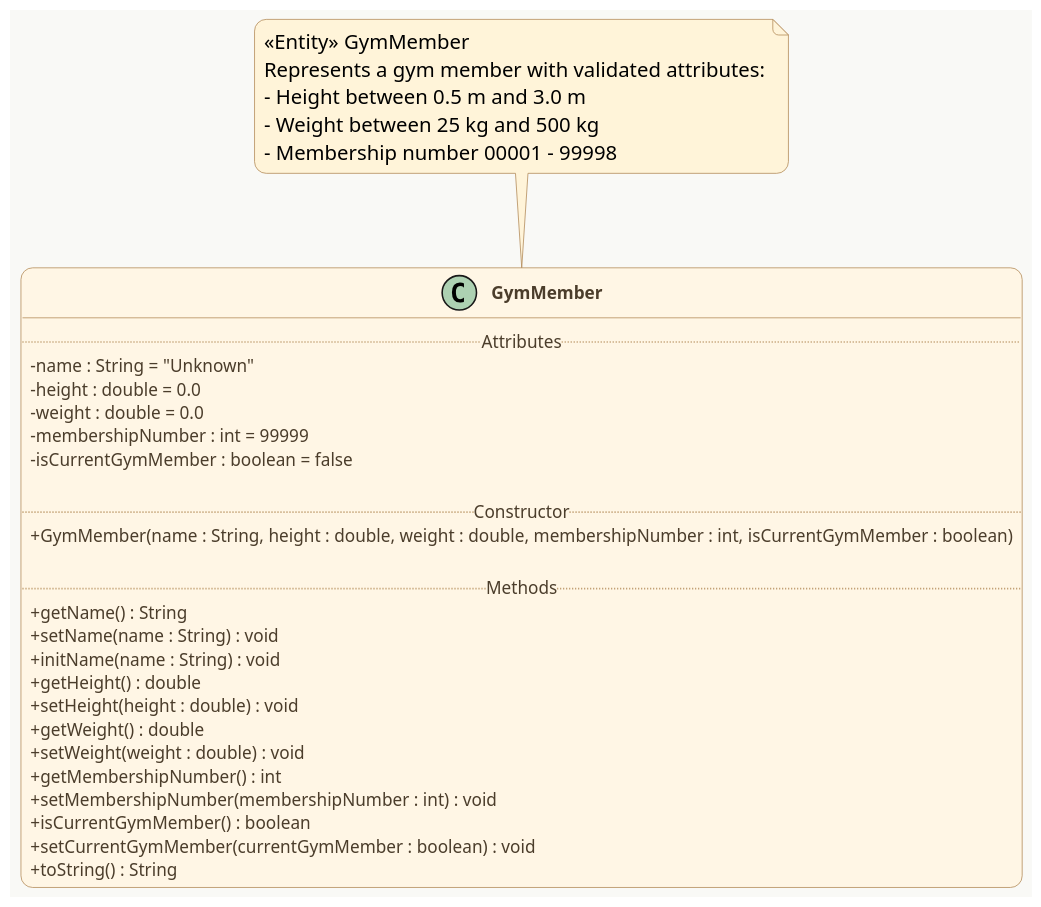
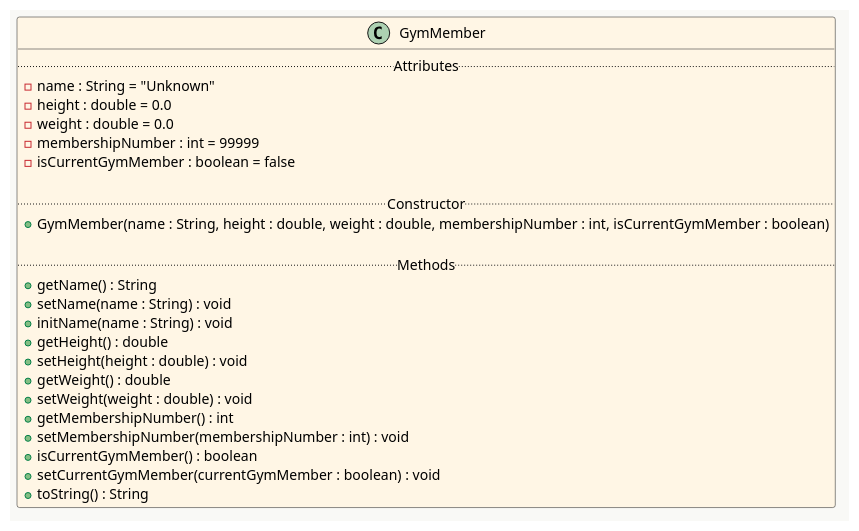
One commit to Programming-Fundamentals-SETU/prog-fund-1-sept-25 changed the diagram in topic08-arrays-of-objects/unit-1/talk-2-gym-app/archives/GymApp.puml. Above: the diagram before and after it, drawn with PlantUML. The commit also changed other lines of this file and 16 other files, not shown here.

```diff
--- a/topic08-arrays-of-objects/unit-1/talk-2-gym-app/archives/GymApp.puml
+++ b/topic08-arrays-of-objects/unit-1/talk-2-gym-app/archives/GymApp.puml
@@ -1,58 +2,39 @@
 @startuml
 ' ==========================================================
 '  UML Class Diagram: GymMember (Styled Version)
 ' ==========================================================
 
 ' --- Diagram Styling ---
 skinparam backgroundColor #f9f9f6
 skinparam classBackgroundColor #fff6e5
-skinparam classBorderColor #b38b59
-skinparam classAttributeIconSize 0
-skinparam shadowing false
-skinparam roundcorner 15
-skinparam dpi 150
-skinparam arrowColor #8b6b39
-skinparam classFontColor #3a2f1c
-skinparam classFontStyle bold
-skinparam classAttributeFontColor #4b3d2b
-skinparam classAttributeFontSize 11
-skinparam classOperationFontColor #4b3d2b
-skinparam noteBackgroundColor #fff4d9
-skinparam noteBorderColor #b38b59
+
 
 ' --- Class Definition ---
 class GymMember {
   .. Attributes ..
   - name : String = "Unknown"
   - height : double = 0.0
   - weight : double = 0.0
   - membershipNumber : int = 99999
   - isCurrentGymMember : boolean = false
 
   .. Constructor ..
   + GymMember(name : String, height : double, weight : double, membershipNumber : int, isCurrentGymMember : boolean)
 
   .. Methods ..
   + getName() : String
   + setName(name : String) : void
   + initName(name : String) : void
   + getHeight() : double
   + setHeight(height : double) : void
   + getWeight() : double
   + setWeight(weight : double) : void
   + getMembershipNumber() : int
   + setMembershipNumber(membershipNumber : int) : void
   + isCurrentGymMember() : boolean
   + setCurrentGymMember(currentGymMember : boolean) : void
   + toString() : String
 }
 
-note top of GymMember
-<<Entity>> GymMember  
-Represents a gym member with validated attributes:
-- Height between 0.5 m and 3.0 m  
-- Weight between 25 kg and 500 kg  
-- Membership number 00001 – 99998  
-end note
 
 @enduml
```
